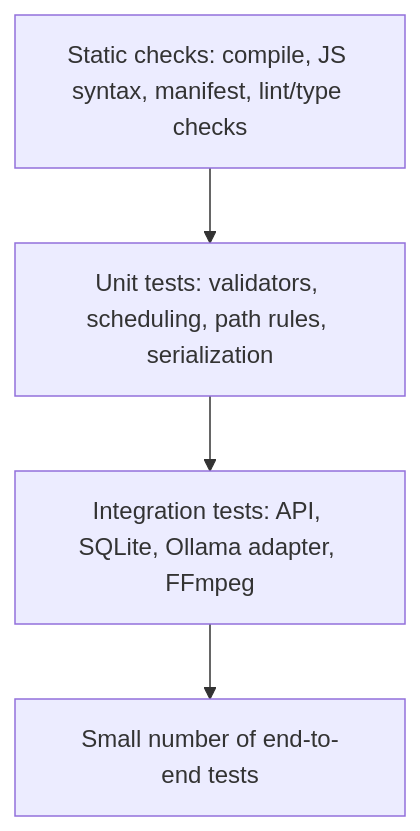
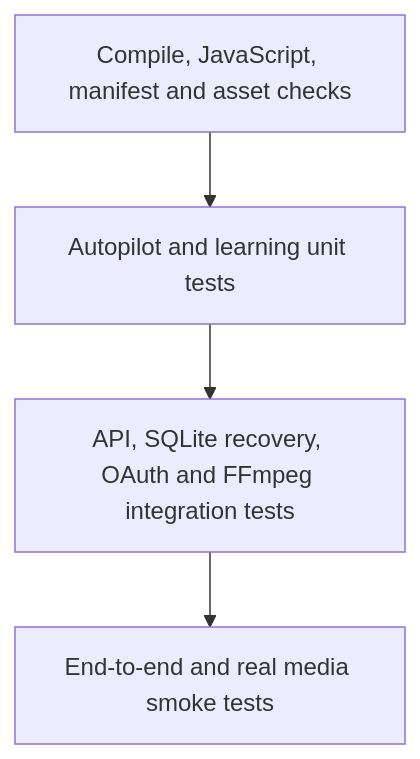
The diagram in docs/TESTING-STRATEGY.md (Myozan/YAMAN-VIRAL-STUDIO-PRO), drawn with Mermaid before and after one commit. The commit also changed other lines of this file and 7 other files, not shown here.

````diff
--- a/docs/TESTING-STRATEGY.md
+++ b/docs/TESTING-STRATEGY.md
@@ -16,8 +33,8 @@
 ```mermaid
 flowchart TB
-  E2E[Small number of end-to-end tests]
-  INT[Integration tests: API, SQLite, Ollama adapter, FFmpeg]
-  UNIT[Unit tests: validators, scheduling, path rules, serialization]
-  STATIC[Static checks: compile, JS syntax, manifest, lint/type checks]
+  E2E[End-to-end and real media smoke tests]
+  INT[API, SQLite recovery, OAuth and FFmpeg integration tests]
+  UNIT[Autopilot and learning unit tests]
+  STATIC[Compile, JavaScript, manifest and asset checks]
   STATIC --> UNIT --> INT --> E2E
 ```
````
